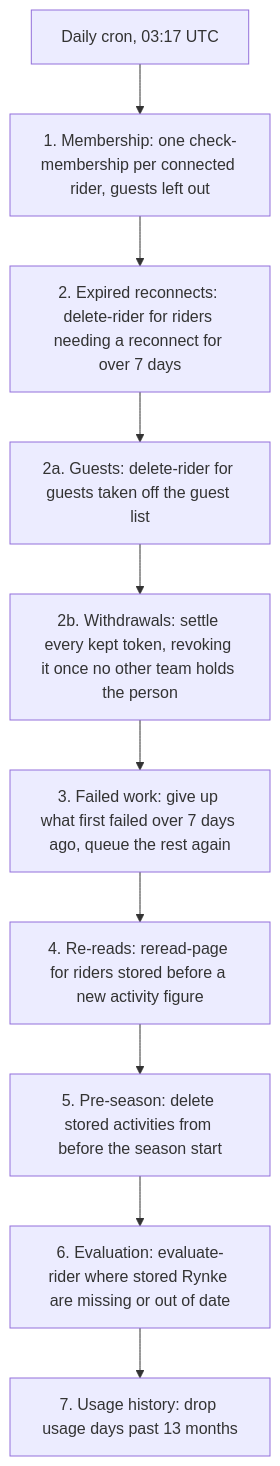
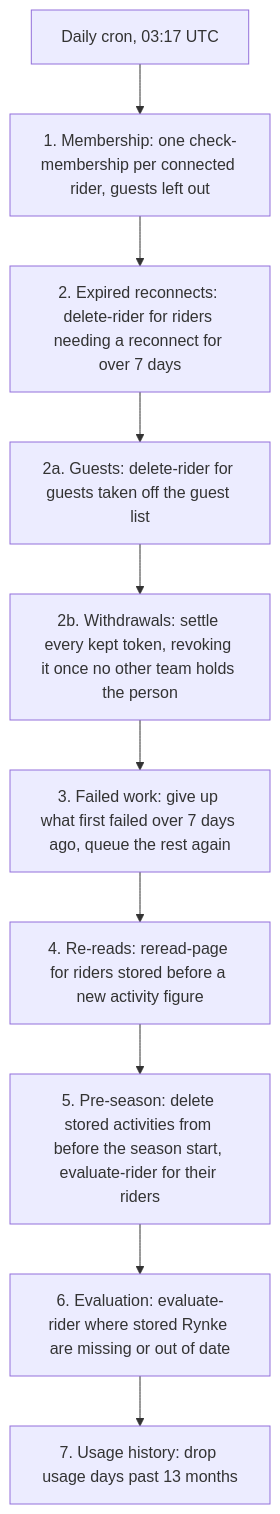
One commit to SaSteffen/RynkePoints changed the fifth of 6 diagrams in docs/how-it-runs.md. Above: the diagram before and after it, drawn with Mermaid. The commit also changed 5 other files, not shown here.

First line of the commit message:
fix(work): leave the pre-season purge's evaluations to the queue

````diff
--- a/docs/how-it-runs.md
+++ b/docs/how-it-runs.md
@@ -260,12 +260,12 @@
 ```mermaid
 flowchart TD
     cron["Daily cron, 03:17 UTC"] --> m["1. Membership: one check-membership per connected rider, guests left out"]
     m --> x["2. Expired reconnects: delete-rider for riders needing a reconnect for over 7 days"]
     x --> g["2a. Guests: delete-rider for guests taken off the guest list"]
     g --> w["2b. Withdrawals: settle every kept token, revoking it once no other team holds the person"]
     w --> f["3. Failed work: give up what first failed over 7 days ago, queue the rest again"]
     f --> r["4. Re-reads: reread-page for riders stored before a new activity figure"]
-    r --> p["5. Pre-season: delete stored activities from before the season start"]
+    r --> p["5. Pre-season: delete stored activities from before the season start, evaluate-rider for their riders"]
     p --> e["6. Evaluation: evaluate-rider where stored Rynke are missing or out of date"]
     e --> u["7. Usage history: drop usage days past 13 months"]
 ```
````
